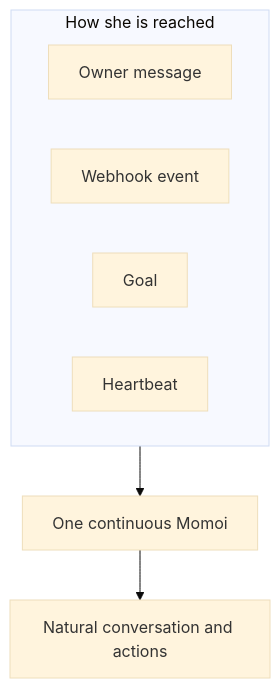
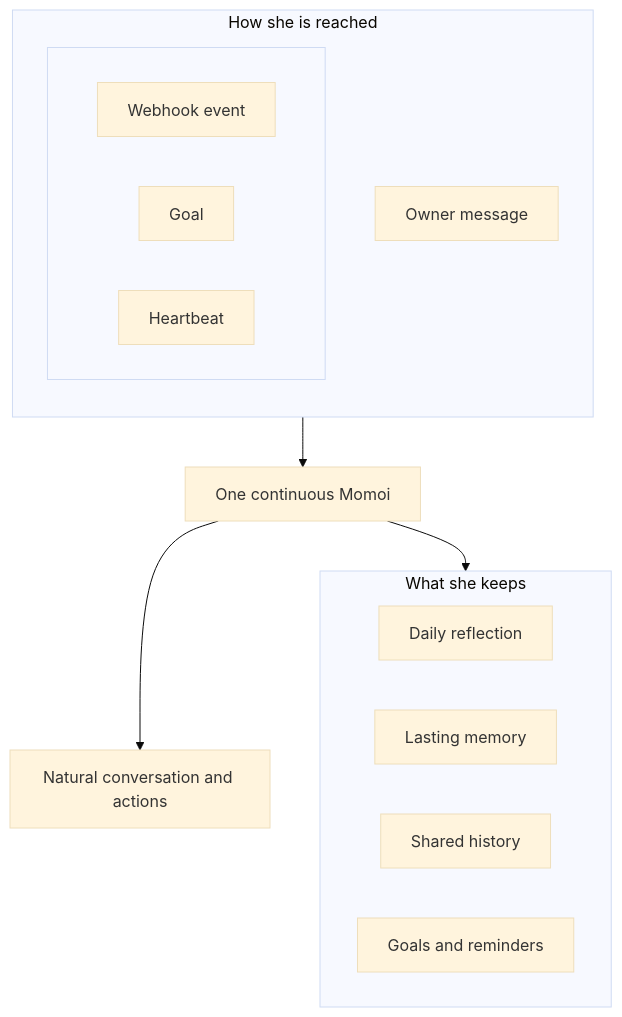
One commit to RicterZ/Momoi changed the first of 2 diagrams in README.md. Above: the diagram before and after it, drawn with Mermaid (base theme). The commit also changed other lines of this file and 1 other file, not shown here.

````diff
--- a/README.md
+++ b/README.md
@@ -26,13 +26,25 @@
 ```mermaid
 flowchart TB
   subgraph reach["How she is reached"]
-    direction LR
+    direction TB
     owner["Owner message"]
-    events["Webhook event"]
-    goal["Goal"]
-    heartbeat["Heartbeat"]
+    subgraph also[" "]
+      direction LR
+      events["Webhook event"]
+      goal["Goal"]
+      heartbeat["Heartbeat"]
+    end
   end
   momoi["One continuous Momoi"]
   out["Natural conversation and actions"]
-  reach --> momoi --> out
+  subgraph keep["What she keeps"]
+    direction LR
+    reflection["Daily reflection"]
+    memory["Lasting memory"]
+    history["Shared history"]
+    agenda["Goals and reminders"]
+  end
+  reach --> momoi
+  momoi --> out
+  momoi --> keep
 ```
````
